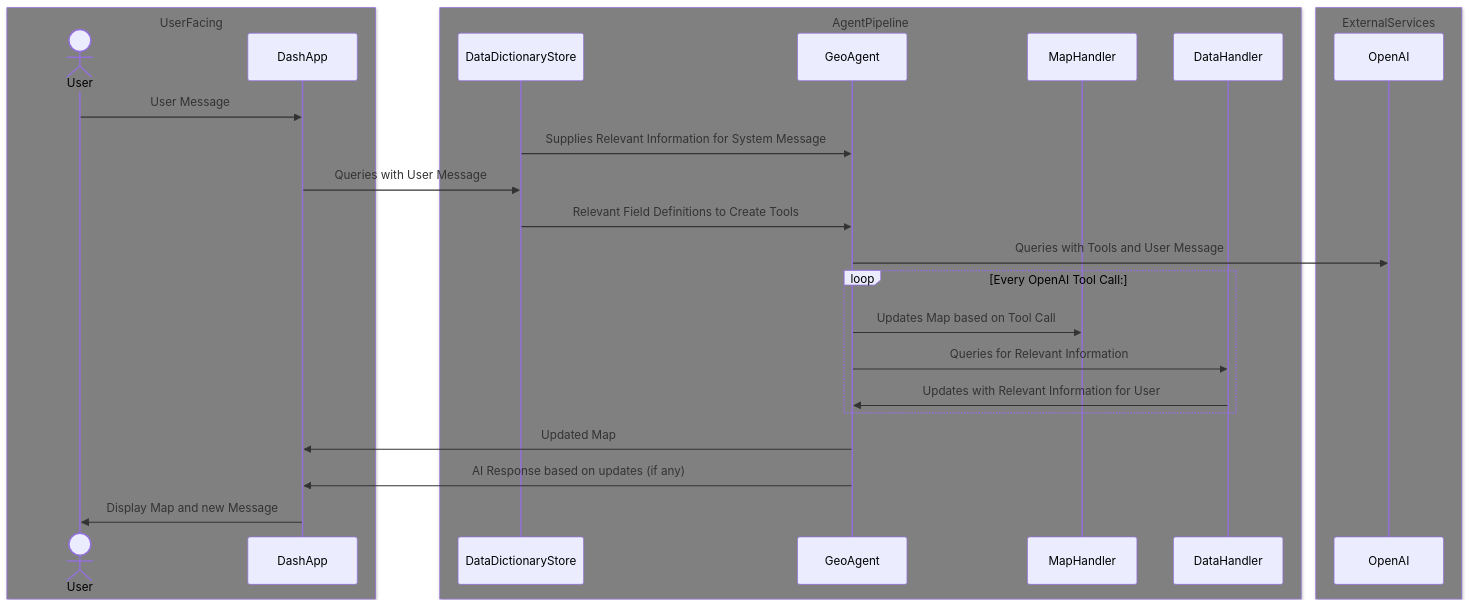
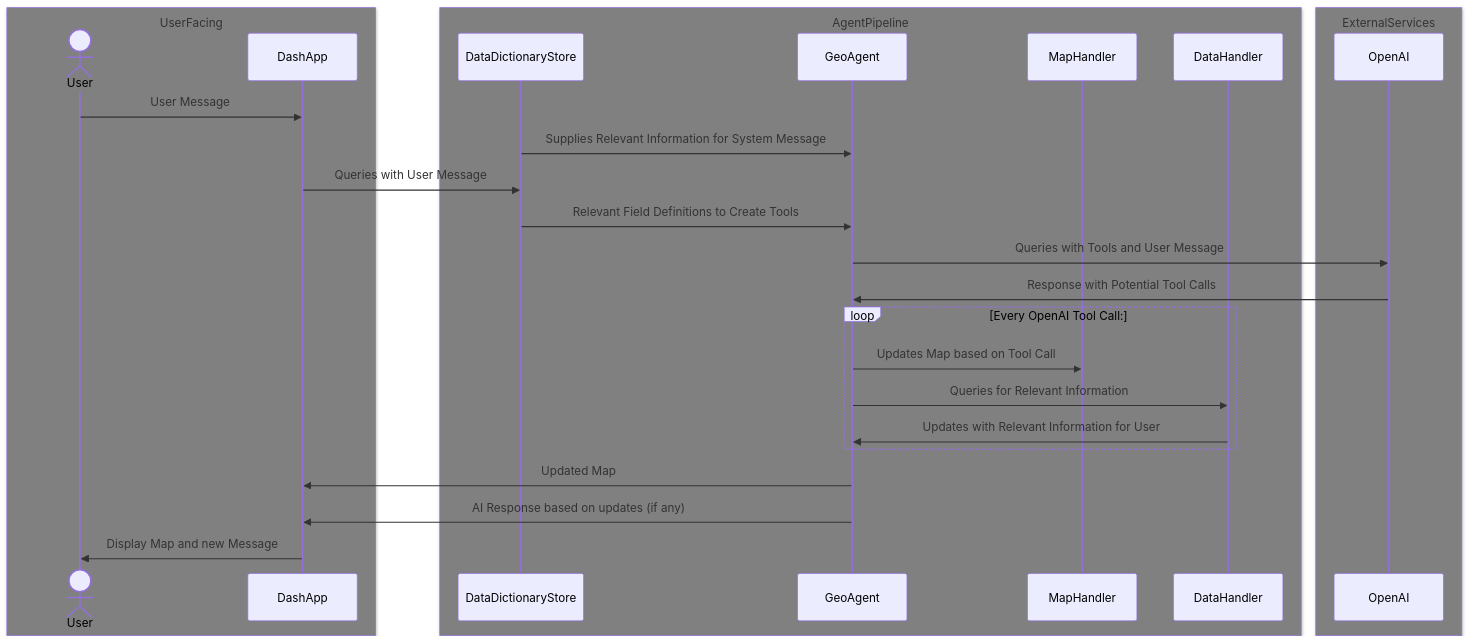
One commit to rmikulec/GeoAssistant changed the second of 2 diagrams in design_docs/architecture.md. Above: the diagram before and after it, drawn with Mermaid.

Commit message:
Quick update to architecture

````diff
--- a/design_docs/architecture.md
+++ b/design_docs/architecture.md
@@ -51,32 +51,33 @@
 ```mermaid
 sequenceDiagram
   box Gray UserFacing
     actor User
     participant DashApp
   end
 
   box Gray AgentPipeline
     participant DataDictionaryStore
     participant GeoAgent
     participant MapHandler
     participant DataHandler
   end
 
   box Gray ExternalServices
     participant OpenAI
   end
 
   User->>DashApp: User Message
   DataDictionaryStore->>GeoAgent: Supplies Relevant Information for System Message
   DashApp->>DataDictionaryStore: Queries with User Message
   DataDictionaryStore->>GeoAgent: Relevant Field Definitions to Create Tools
   GeoAgent->>OpenAI: Queries with Tools and User Message
+  OpenAI->>GeoAgent: Response with Potential Tool Calls
   loop Every OpenAI Tool Call:
     GeoAgent->>MapHandler: Updates Map based on Tool Call
     GeoAgent->>DataHandler: Queries for Relevant Information
     DataHandler->>GeoAgent: Updates with Relevant Information for User
   end
   GeoAgent->>DashApp: Updated Map
   GeoAgent->>DashApp: AI Response based on updates (if any)
   DashApp->>User: Display Map and new Message
 ```
````
